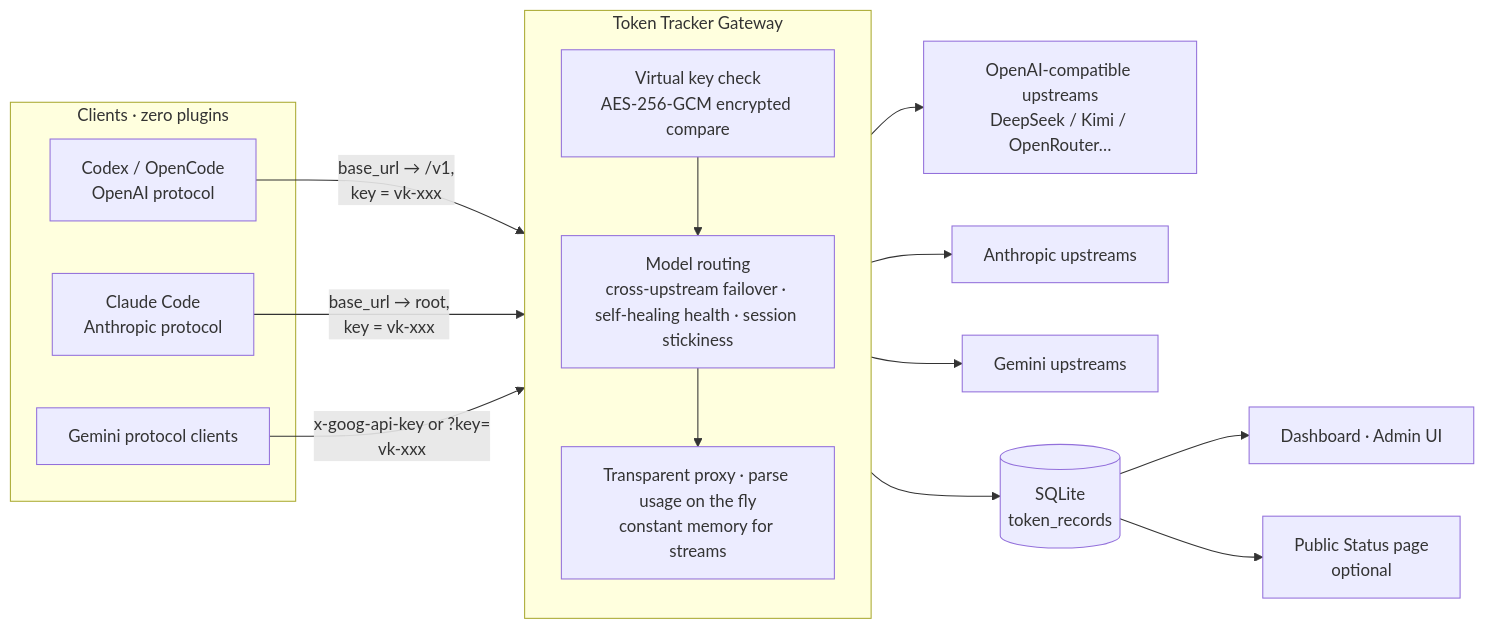
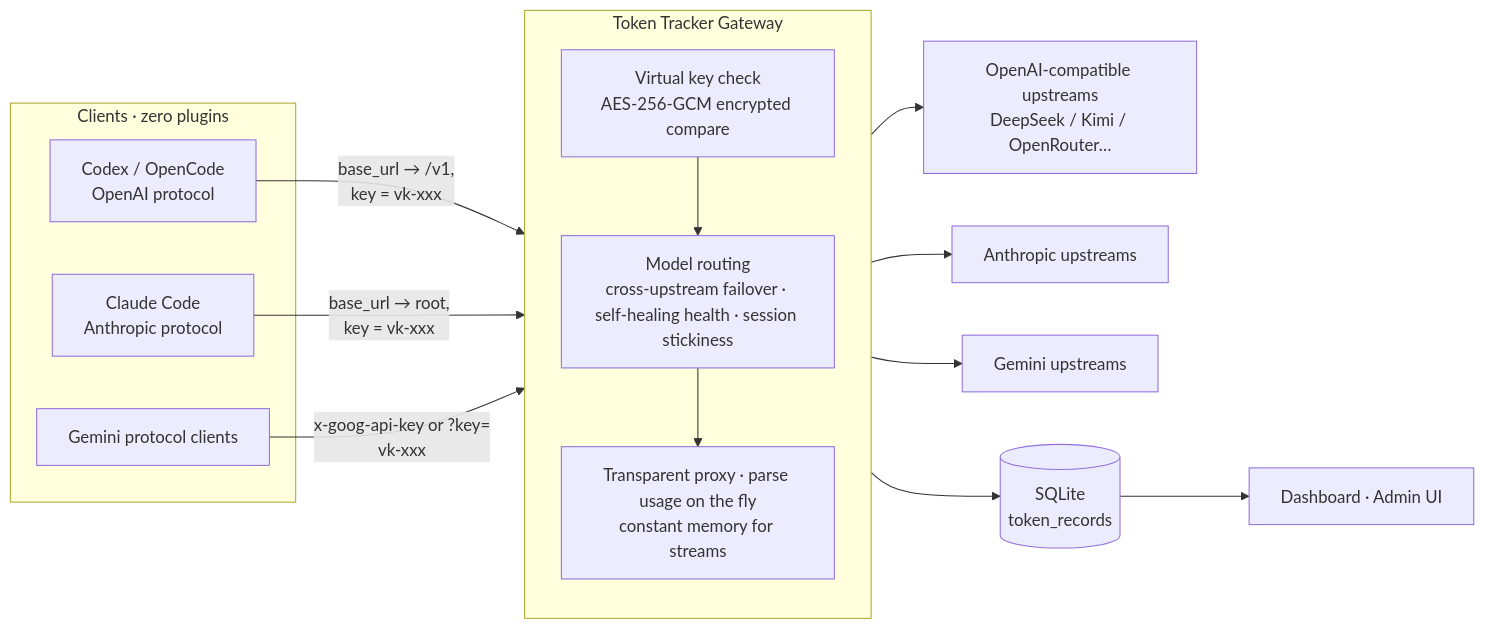
One commit to caibingcheng/token-tracker changed the diagram in README.en.md. Above: the diagram before and after it, drawn with Mermaid. The commit also changed other lines of this file and 30 other files, not shown here.

Commit message:
feat(auth): remove public status page, add OTP inputs, relax key length rule

````diff
--- a/README.en.md
+++ b/README.en.md
@@ -14,29 +14,28 @@
 ```mermaid
 flowchart LR
     subgraph C[Clients · zero plugins]
         A[Codex / OpenCode<br>OpenAI protocol]
         B[Claude Code<br>Anthropic protocol]
         D[Gemini protocol clients]
     end
 
     A -->|"base_url → /v1,<br>key = vk-xxx"| G
     B -->|"base_url → root,<br>key = vk-xxx"| G
     D -->|"x-goog-api-key or ?key=<br>vk-xxx"| G
 
     subgraph G[Token Tracker Gateway]
         direction TB
         V[Virtual key check<br>AES-256-GCM encrypted compare]
         R[Model routing<br>cross-upstream failover · self-healing health · session stickiness]
         P[Transparent proxy · parse usage on the fly<br>constant memory for streams]
     end
 
     V --> R --> P
 
     P --> U1[OpenAI-compatible upstreams<br>DeepSeek / Kimi / OpenRouter…]
     P --> U2[Anthropic upstreams]
     P --> U3[Gemini upstreams]
 
     P --> DB[(SQLite<br>token_records)]
     DB --> W[Dashboard · Admin UI]
-    DB --> S[Public Status page<br>optional]
 ```
````
